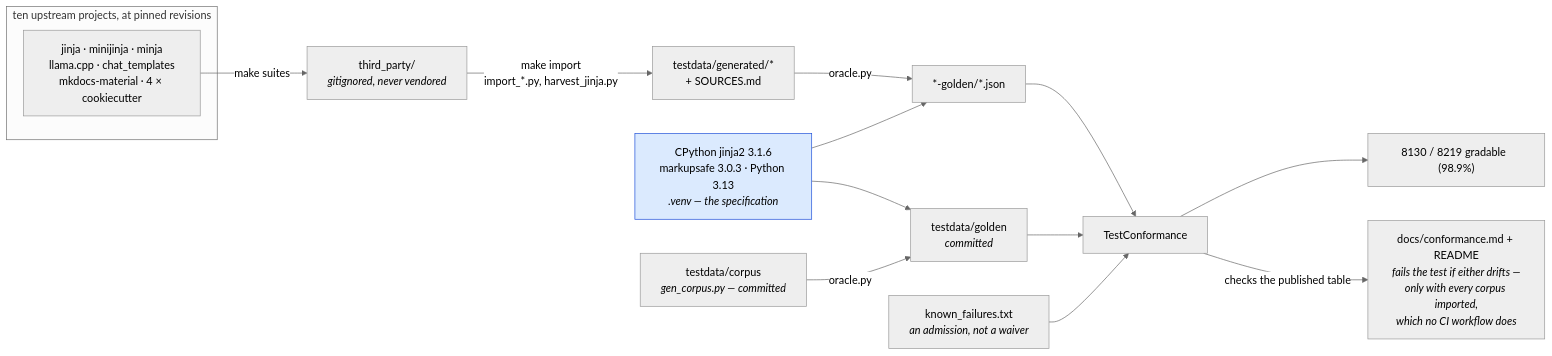
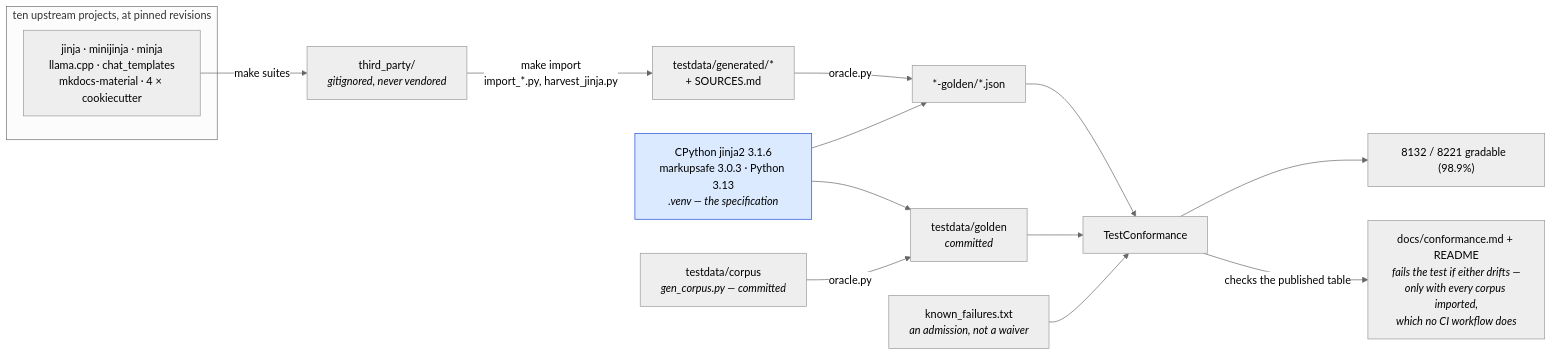
One commit to mgilbir/gojja2 changed the first of 2 diagrams in docs/conformance.md. Above: the diagram before and after it, drawn with Mermaid (neutral theme). The commit also changed other lines of this file and 11 other files, not shown here.

````diff
--- a/docs/conformance.md
+++ b/docs/conformance.md
@@ -17,24 +17,24 @@
 ```mermaid
 flowchart LR
     subgraph up["ten upstream projects, at pinned revisions"]
         U1["jinja · minijinja · minja<br/>llama.cpp · chat_templates<br/>mkdocs-material · 4 × cookiecutter"]
     end
     U1 -->|"make suites"| TP["third_party/<br/><i>gitignored, never vendored</i>"]
     TP -->|"make import<br/>import_*.py, harvest_jinja.py"| GEN["testdata/generated/*<br/>+ SOURCES.md"]
 
     ORA["CPython jinja2 3.1.6<br/>markupsafe 3.0.3 · Python 3.13<br/><i>.venv — the specification</i>"]
     GEN -->|"oracle.py"| G2["*-golden/*.json"]
     ORA --> G2
 
     OWN["testdata/corpus<br/><i>gen_corpus.py — committed</i>"] -->|"oracle.py"| G1["testdata/golden<br/><i>committed</i>"]
     ORA --> G1
 
     G1 --> TC["TestConformance"]
     G2 --> TC
     KF["known_failures.txt<br/><i>an admission, not a waiver</i>"] --> TC
-    TC --> RATE["8130 / 8219 gradable  (98.9%)"]
+    TC --> RATE["8132 / 8221 gradable  (98.9%)"]
     TC -->|"checks the published table"| RM["docs/conformance.md + README<br/><i>fails the test if either drifts —<br/>only with every corpus imported,<br/>which no CI workflow does</i>"]
 
     classDef spec fill:#dbeafe,stroke:#1d4ed8,color:#000
     class ORA spec
 ```
````
